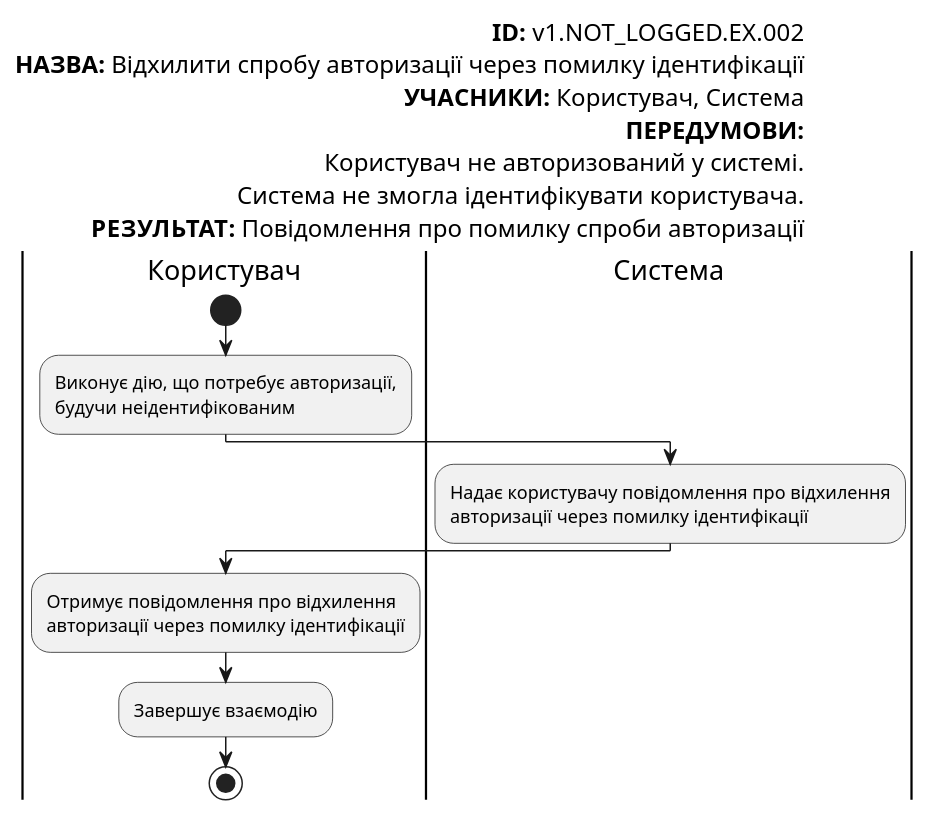
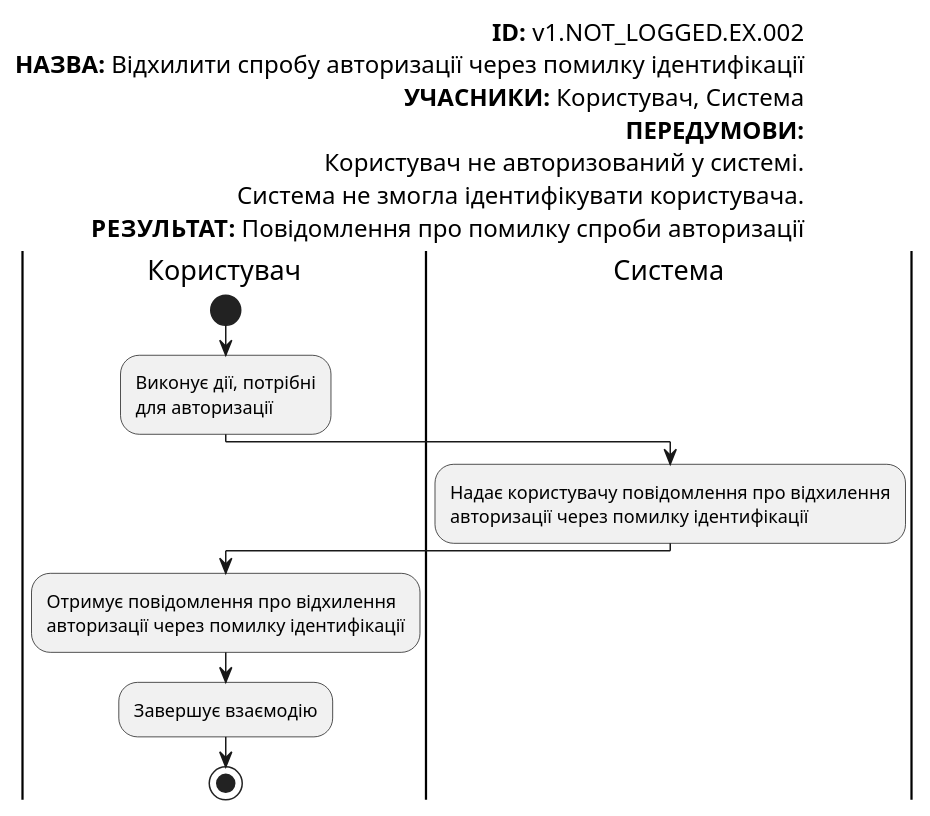
One commit to gurug-prog/survey-expert changed diagram 20 of 22 in docs/use-cases/README.md. Above: the diagram before and after it, drawn with PlantUML. The commit also changed other lines of this file and 1 other file, not shown here.

```diff
--- a/docs/use-cases/README.md
+++ b/docs/use-cases/README.md
@@ -1022,29 +1024,29 @@
 @startuml
 
     left header
          <font color=000 size=16><b>ID:</b> v1.NOT_LOGGED.EX.002
          <font color=000 size=16><b>НАЗВА:</b> Відхилити спробу авторизації через помилку ідентифікації
          <font color=000 size=16><b>УЧАСНИКИ:</b> Користувач, Система
          <font color=000 size=16><b>ПЕРЕДУМОВИ:</b>
          <font color=000 size=16>Користувач не авторизований у системі.
          <font color=000 size=16>Система не змогла ідентифікувати користувача.
          <font color=000 size=16><b>РЕЗУЛЬТАТ:</b> Повідомлення про помилку спроби авторизації
      end header
 
      |Користувач|
          start
-         :Виконує дію, що потребує авторизації, 
-         будучи неідентифікованим;
+         :Виконує дії, потрібні
+         для авторизації;
 
      |Система|
          :Надає користувачу повідомлення про відхилення
          авторизації через помилку ідентифікації;
 
      |Користувач|
          :Отримує повідомлення про відхилення
          авторизації через помилку ідентифікації;
 
          :Завершує взаємодію;
          stop;
 
 @enduml
```
